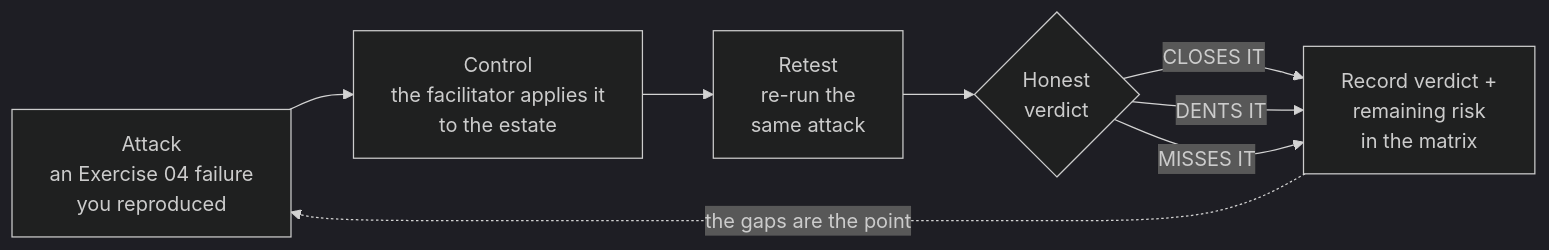
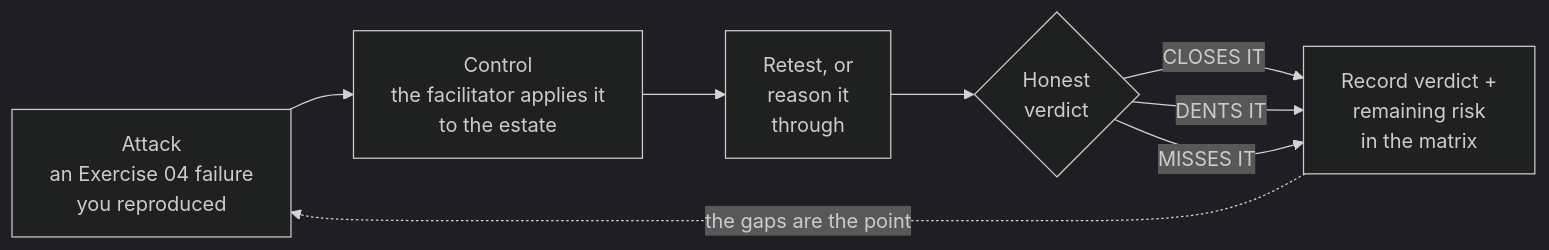
The diagram in docs/05_test_the_controls/05_test_the_controls.md (solliancenet/copilot-studio-shadow-agents-workshop), drawn with Mermaid (dark theme) before and after one commit. The commit also changed other lines of this file and 6 other files, not shown here.

````diff
--- a/docs/05_test_the_controls/05_test_the_controls.md
+++ b/docs/05_test_the_controls/05_test_the_controls.md
@@ -33,10 +34,10 @@
 ```mermaid
 flowchart LR
   A["Attack<br/>an Exercise 04 failure<br/>you reproduced"] --> C["Control<br/>the facilitator applies it<br/>to the estate"]
-  C --> R["Retest<br/>re-run the<br/>same attack"]
+  C --> R["Retest, or<br/>reason it<br/>through"]
   R --> V{"Honest<br/>verdict"}
   V -->|CLOSES IT| Rec["Record verdict +<br/>remaining risk<br/>in the matrix"]
   V -->|DENTS IT| Rec
   V -->|MISSES IT| Rec
   Rec -.->|the gaps are the point| A
 ```
````
